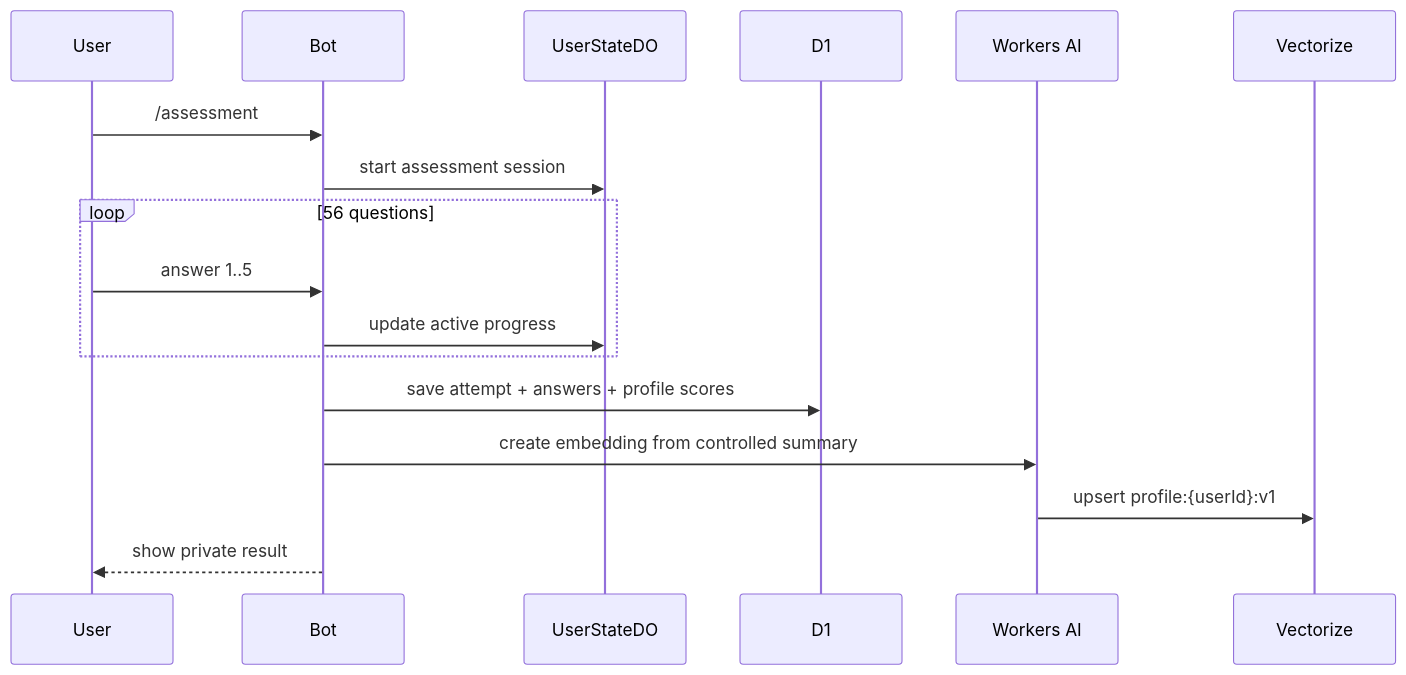
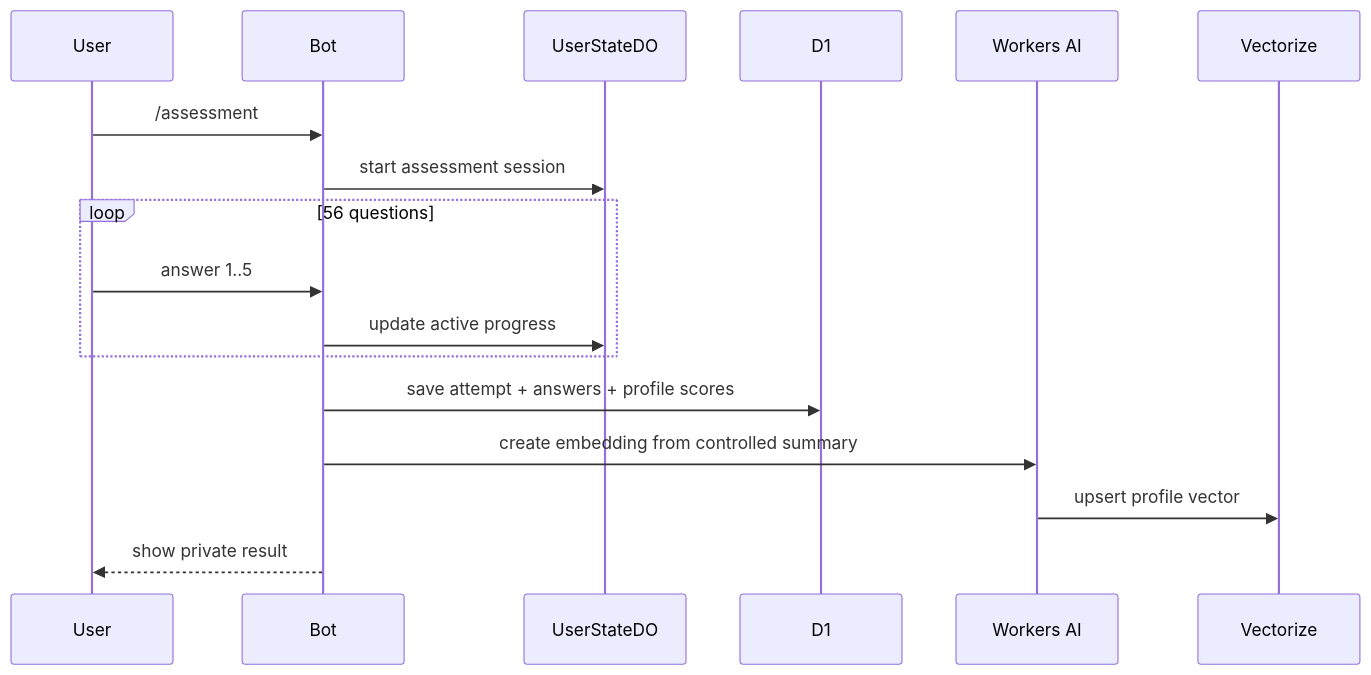
The sixth of 8 diagrams in content/fa/lab/anonymous-messaging-on-the-edge.md (mohetios/mohetios.dev), drawn with Mermaid before and after one commit. The commit also changed other lines of this file, not shown here.

````diff
--- a/content/fa/lab/anonymous-messaging-on-the-edge.md
+++ b/content/fa/lab/anonymous-messaging-on-the-edge.md
@@ -391,20 +507,20 @@
 ```mermaid
 sequenceDiagram
   participant U as User
   participant B as Bot
   participant DO as UserStateDO
   participant D1 as D1
   participant AI as Workers AI
   participant V as Vectorize
 
   U->>B: /assessment
   B->>DO: start assessment session
   loop 56 questions
     U->>B: answer 1..5
     B->>DO: update active progress
   end
   B->>D1: save attempt + answers + profile scores
   B->>AI: create embedding from controlled summary
-  AI->>V: upsert profile:{userId}:v1
+  AI->>V: upsert profile vector
   B-->>U: show private result
 ```
````
